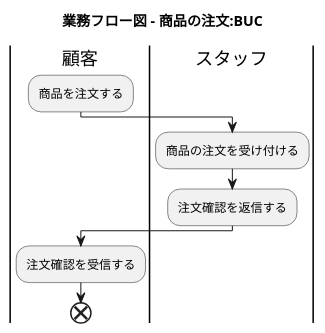
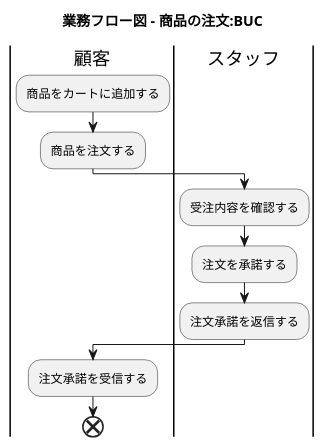
Before and after one commit to k2works/application_programing_excercise_2022: the ninth of 28 diagrams in docs/index.adoc, drawn with PlantUML. The commit also changed other lines of this file, not shown here.

Commit message:
docs: ユースケース複合図

```diff
--- a/docs/index.adoc
+++ b/docs/index.adoc
@@ -339,20 +339,22 @@
 [plantuml]
 ----
 @startuml
 
 title 業務フロー図 - 商品の注文:BUC
 
 |顧客|
+:商品をカートに追加する;
 :商品を注文する;
 
 |スタッフ|
-:商品の注文を受け付ける;
-:注文確認を返信する;
+:受注内容を確認する;
+:注文を承諾する;
+:注文承諾を返信する;
 
 |顧客|
-:注文確認を受信する;
+:注文承諾を受信する;
 
 end
 
 @enduml
 ----
```
